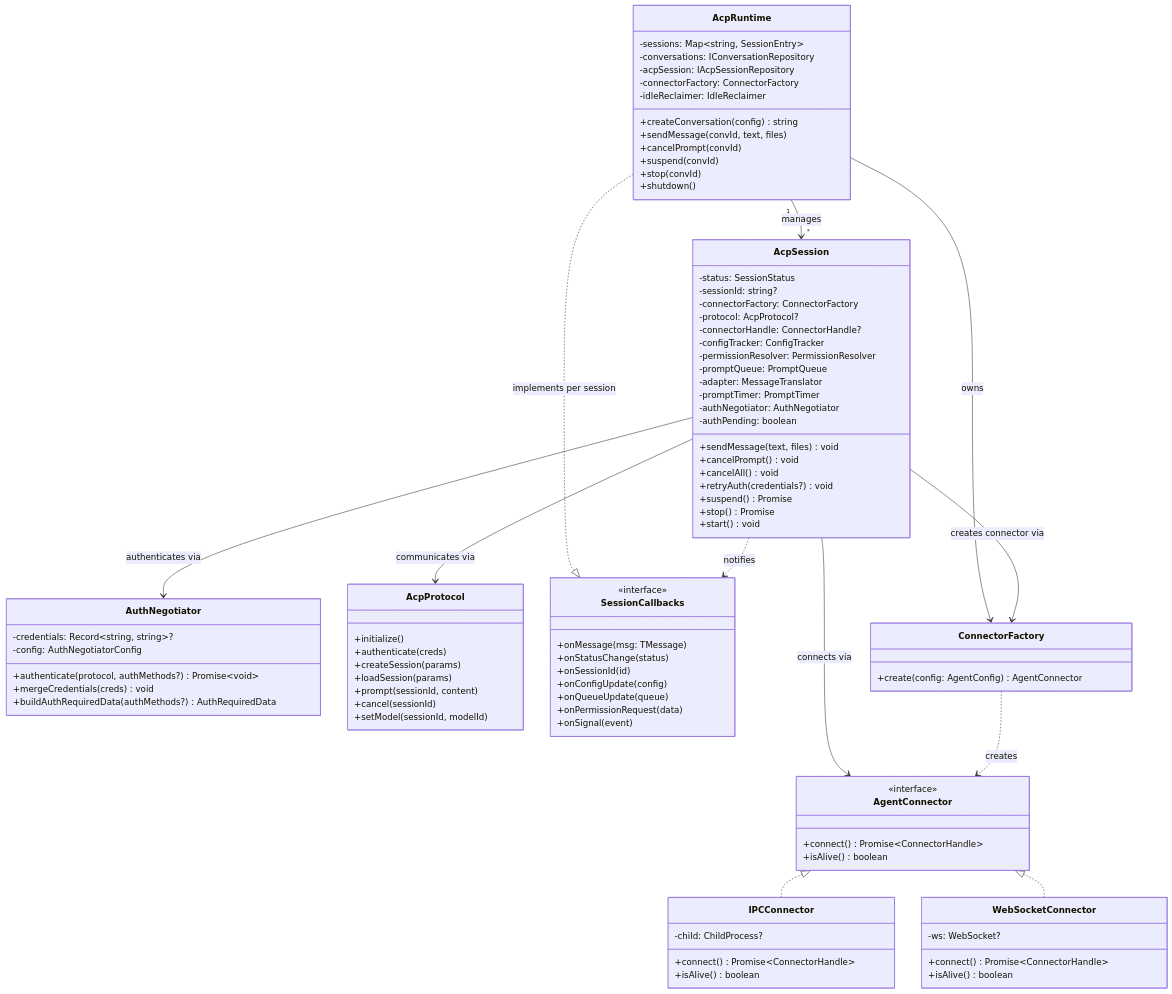
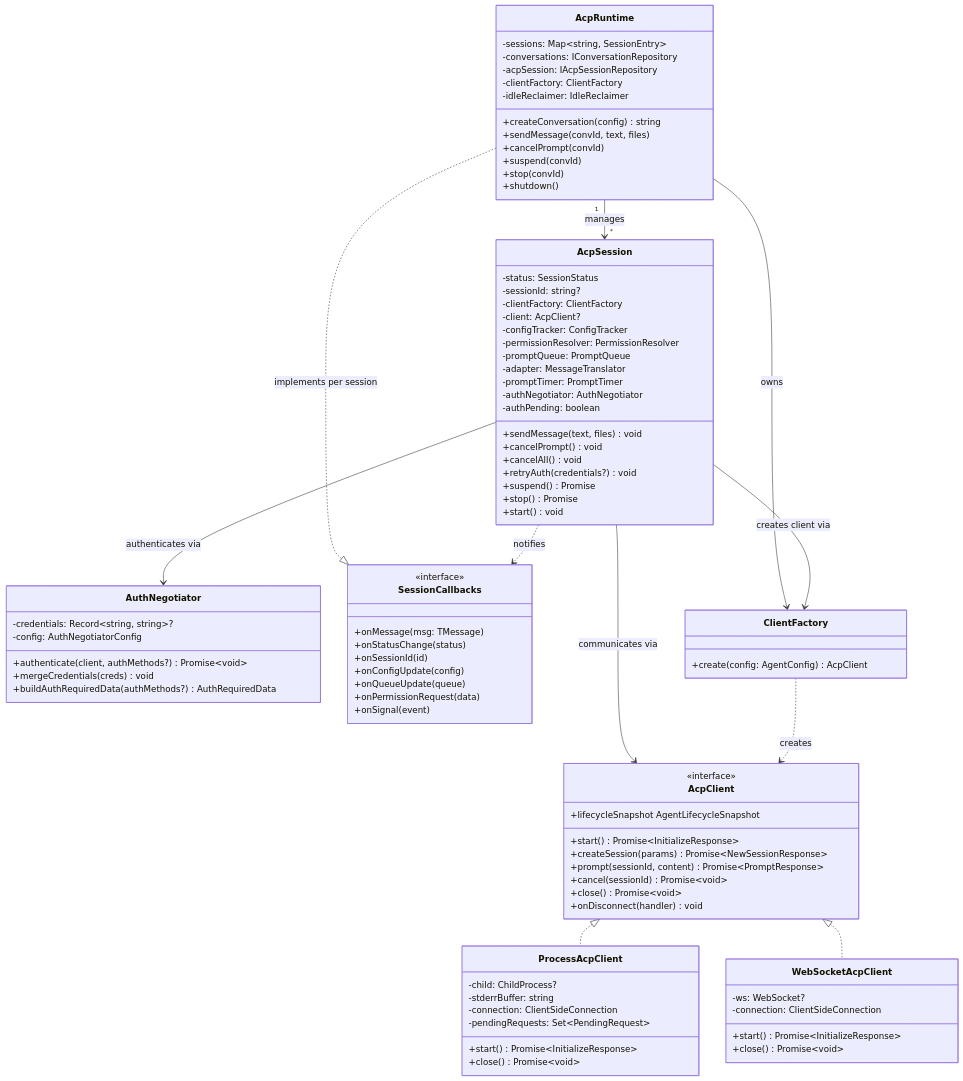
The first of 7 diagrams in docs/feature/acp-rewrite/03-architecture-design.md (iOfficeAI/AionUi), drawn with Mermaid before and after one commit. The commit also changed other lines of this file and 22 other files, not shown here.

First line of the commit message:
refactor(acp): replace Connector+Protocol with AcpClient single-owner pattern

````diff
--- a/docs/feature/acp-rewrite/03-architecture-design.md
+++ b/docs/feature/acp-rewrite/03-architecture-design.md
@@ -146,7 +147,7 @@
         -sessions: Map~string, SessionEntry~
         -conversations: IConversationRepository
         -acpSession: IAcpSessionRepository
-        -connectorFactory: ConnectorFactory
+        -clientFactory: ClientFactory
         -idleReclaimer: IdleReclaimer
         +createConversation(config) string
         +sendMessage(convId, text, files)
@@ -159,9 +160,8 @@
     class AcpSession {
         -status: SessionStatus
         -sessionId: string?
-        -connectorFactory: ConnectorFactory
-        -protocol: AcpProtocol?
-        -connectorHandle: ConnectorHandle?
+        -clientFactory: ClientFactory
+        -client: AcpClient?
         -configTracker: ConfigTracker
         -permissionResolver: PermissionResolver
         -promptQueue: PromptQueue
@@ -181,37 +181,36 @@
     class AuthNegotiator {
         -credentials: Record~string, string~?
         -config: AuthNegotiatorConfig
-        +authenticate(protocol, authMethods?) Promise~void~
+        +authenticate(client, authMethods?) Promise~void~
         +mergeCredentials(creds) void
         +buildAuthRequiredData(authMethods?) AuthRequiredData
     }
 
-    class AgentConnector {
+    class AcpClient {
         <<interface>>
-        +connect() Promise~ConnectorHandle~
-        +isAlive() boolean
+        +start() Promise~InitializeResponse~
+        +createSession(params) Promise~NewSessionResponse~
+        +prompt(sessionId, content) Promise~PromptResponse~
+        +cancel(sessionId) Promise~void~
+        +close() Promise~void~
+        +lifecycleSnapshot AgentLifecycleSnapshot
+        +onDisconnect(handler) void
     }
 
-    class IPCConnector {
+    class ProcessAcpClient {
         -child: ChildProcess?
-        +connect() Promise~ConnectorHandle~
-        +isAlive() boolean
+        -stderrBuffer: string
+        -connection: ClientSideConnection
+        -pendingRequests: Set~PendingRequest~
+        +start() Promise~InitializeResponse~
+        +close() Promise~void~
     }
 
-    class WebSocketConnector {
+    class WebSocketAcpClient {
         -ws: WebSocket?
-        +connect() Promise~ConnectorHandle~
-        +isAlive() boolean
-    }
-
-    class AcpProtocol {
-        +initialize()
-        +authenticate(creds)
-        +createSession(params)
-        +loadSession(params)
-        +prompt(sessionId, content)
-        +cancel(sessionId)
-        +setModel(sessionId, modelId)
+        -connection: ClientSideConnection
+        +start() Promise~InitializeResponse~
+        +close() Promise~void~
     }
 
     class SessionCallbacks {
@@ -225,19 +224,18 @@
         +onSignal(event)
     }
 
-    class ConnectorFactory {
-        +create(config: AgentConfig) AgentConnector
+    class ClientFactory {
+        +create(config: AgentConfig) AcpClient
     }
 
     AcpRuntime "1" --> "*" AcpSession : manages
-    AcpRuntime --> ConnectorFactory : owns
+    AcpRuntime --> ClientFactory : owns
     AcpRuntime ..|> SessionCallbacks : implements per session
     AcpSession ..> SessionCallbacks : notifies
-    AcpSession --> ConnectorFactory : creates connector via
-    AcpSession --> AcpProtocol : communicates via
-    AcpSession --> AgentConnector : connects via
+    AcpSession --> ClientFactory : creates client via
+    AcpSession --> AcpClient : communicates via
     AcpSession --> AuthNegotiator : authenticates via
-    AgentConnector <|.. IPCConnector
-    AgentConnector <|.. WebSocketConnector
-    ConnectorFactory ..> AgentConnector : creates
+    AcpClient <|.. ProcessAcpClient
+    AcpClient <|.. WebSocketAcpClient
+    ClientFactory ..> AcpClient : creates
 ```
````
